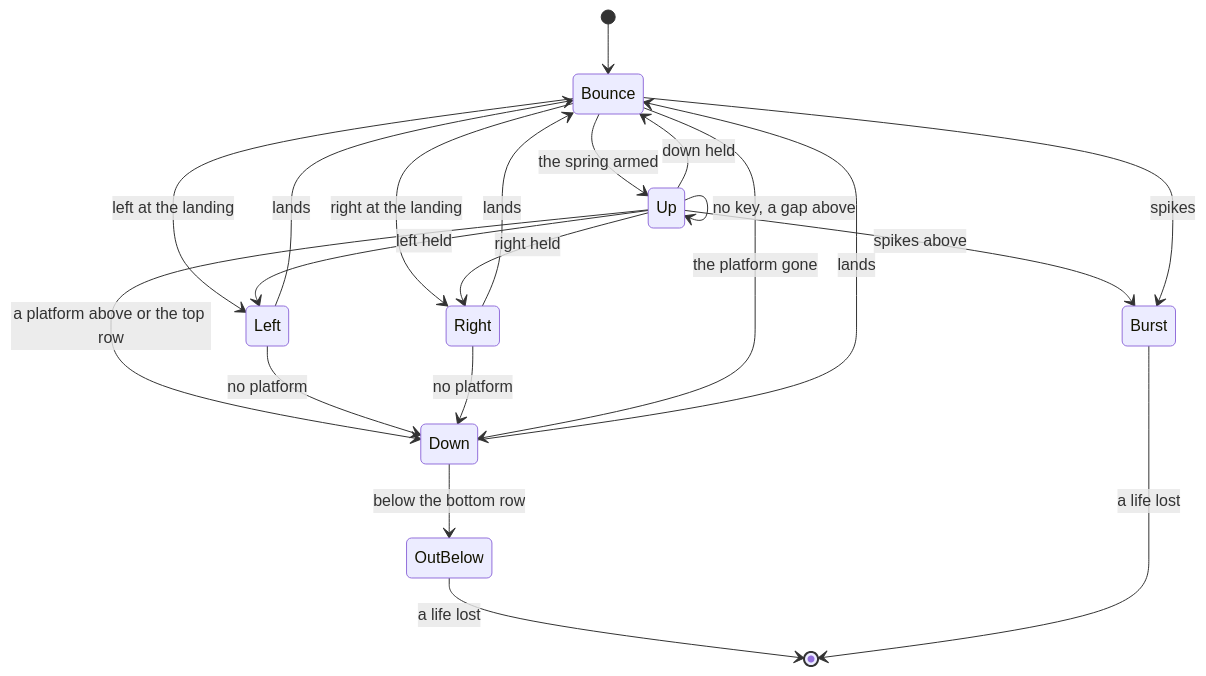
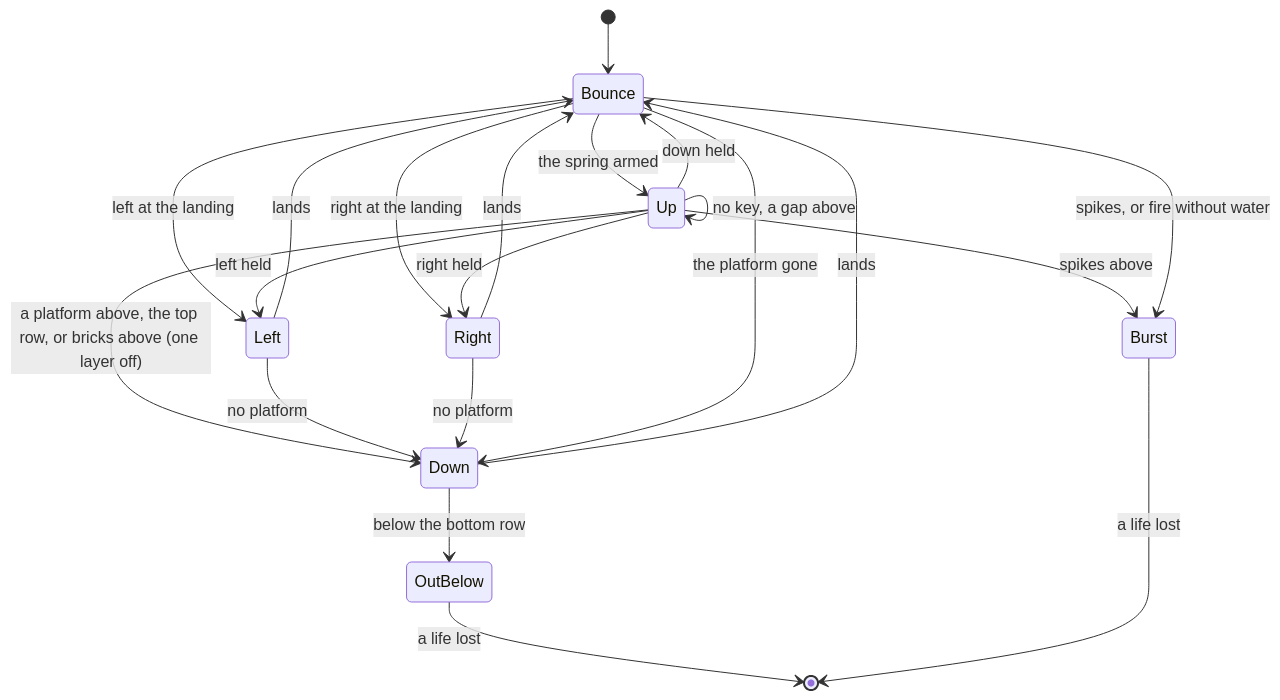
Before and after one commit to alfishe/unrealng-reverse-cases: the second of 3 diagrams in games/bumpy/docs/01-game-design.md, drawn with Mermaid. The commit also changed other lines of this file and 24 other files, not shown here.

````diff
--- a/games/bumpy/docs/01-game-design.md
+++ b/games/bumpy/docs/01-game-design.md
@@ -126,23 +126,23 @@
 ```mermaid
 stateDiagram-v2
     [*] --> Bounce
     Bounce --> Left: left at the landing
     Bounce --> Right: right at the landing
     Bounce --> Up: the spring armed
     Left --> Bounce: lands
     Right --> Bounce: lands
     Up --> Up: no key, a gap above
-    Up --> Down: a platform above or the top row
+    Up --> Down: a platform above, the top row, or bricks above (one layer off)
     Up --> Bounce: down held
     Up --> Left: left held
     Up --> Right: right held
     Up --> Burst: spikes above
     Left --> Down: no platform
     Right --> Down: no platform
     Bounce --> Down: the platform gone
     Down --> Bounce: lands
     Down --> OutBelow: below the bottom row
-    Bounce --> Burst: spikes
+    Bounce --> Burst: spikes, or fire without water
     OutBelow --> [*]: a life lost
     Burst --> [*]: a life lost
 ```
````
